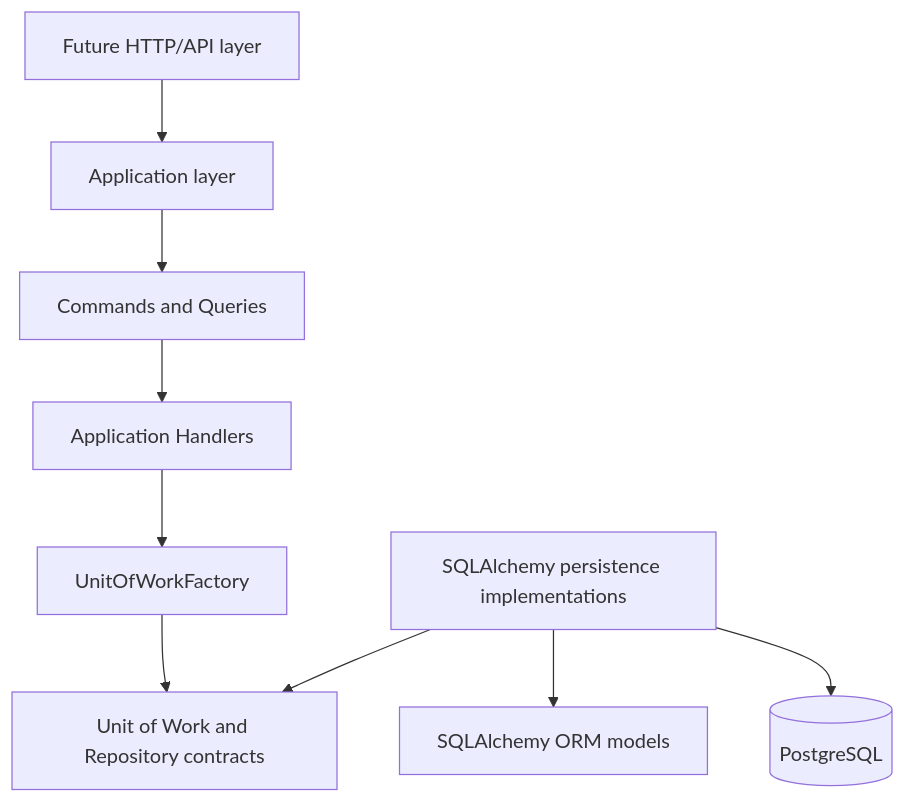
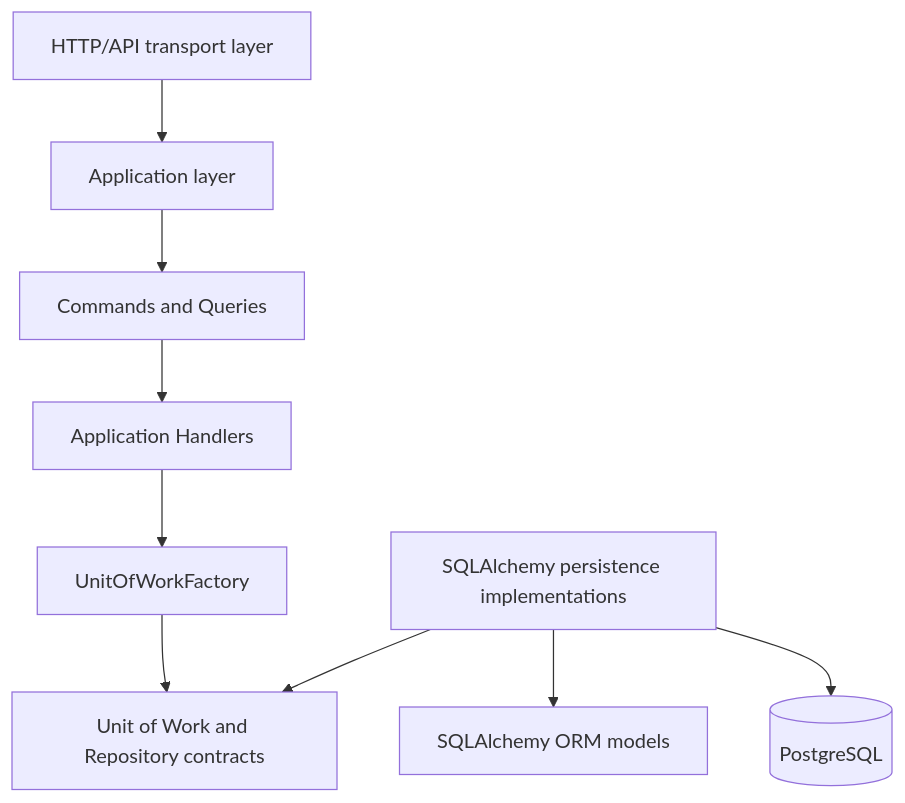
Before and after one commit to Hlopec/resource-monitoring: the first of 13 diagrams in docs/architecture/application-core-and-persistence.md, drawn with Mermaid. The commit also changed other lines of this file and 11 other files, not shown here.

Commit message:
Define API architecture boundaries (#94)

````diff
--- a/docs/architecture/application-core-and-persistence.md
+++ b/docs/architecture/application-core-and-persistence.md
@@ -89,11 +89,11 @@
 ```mermaid
 flowchart TD
-    API[Future HTTP/API layer] --> APP[Application layer]
+    API[HTTP/API transport layer] --> APP[Application layer]
     APP --> CQ[Commands and Queries]
     CQ --> HANDLERS[Application Handlers]
     HANDLERS --> UOWF[UnitOfWorkFactory]
     UOWF --> PORTS[Unit of Work and Repository contracts]
     SA[SQLAlchemy persistence implementations] --> PORTS
     SA --> ORM[SQLAlchemy ORM models]
     SA --> PG[(PostgreSQL)]
 ```
````
